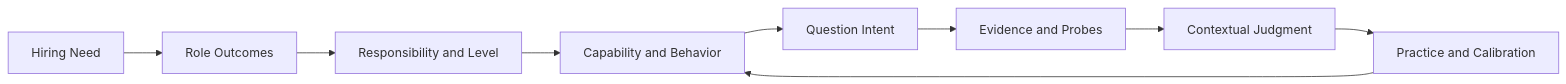
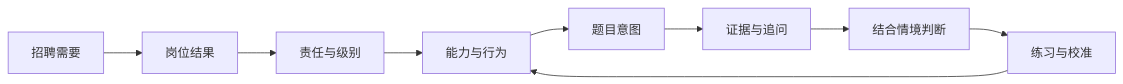
The first of 2 diagrams in src/content/projects/2026/10/interview-compass/zh.md (Liyuk/liyuk.github.io), drawn with Mermaid before and after one commit. The commit also changed other lines of this file and 1 other file, not shown here.

````diff
--- a/src/content/projects/2026/10/interview-compass/zh.md
+++ b/src/content/projects/2026/10/interview-compass/zh.md
@@ -28,11 +49,11 @@
 ```mermaid
 flowchart LR
-    A[Hiring Need] --> B[Role Outcomes]
-    B --> C[Responsibility and Level]
-    C --> D[Capability and Behavior]
-    D --> E[Question Intent]
-    E --> F[Evidence and Probes]
-    F --> G[Contextual Judgment]
-    G --> H[Practice and Calibration]
+    A[招聘需要] --> B[岗位结果]
+    B --> C[责任与级别]
+    C --> D[能力与行为]
+    D --> E[题目意图]
+    E --> F[证据与追问]
+    F --> G[结合情境判断]
+    G --> H[练习与校准]
     H --> D
 ```
````
